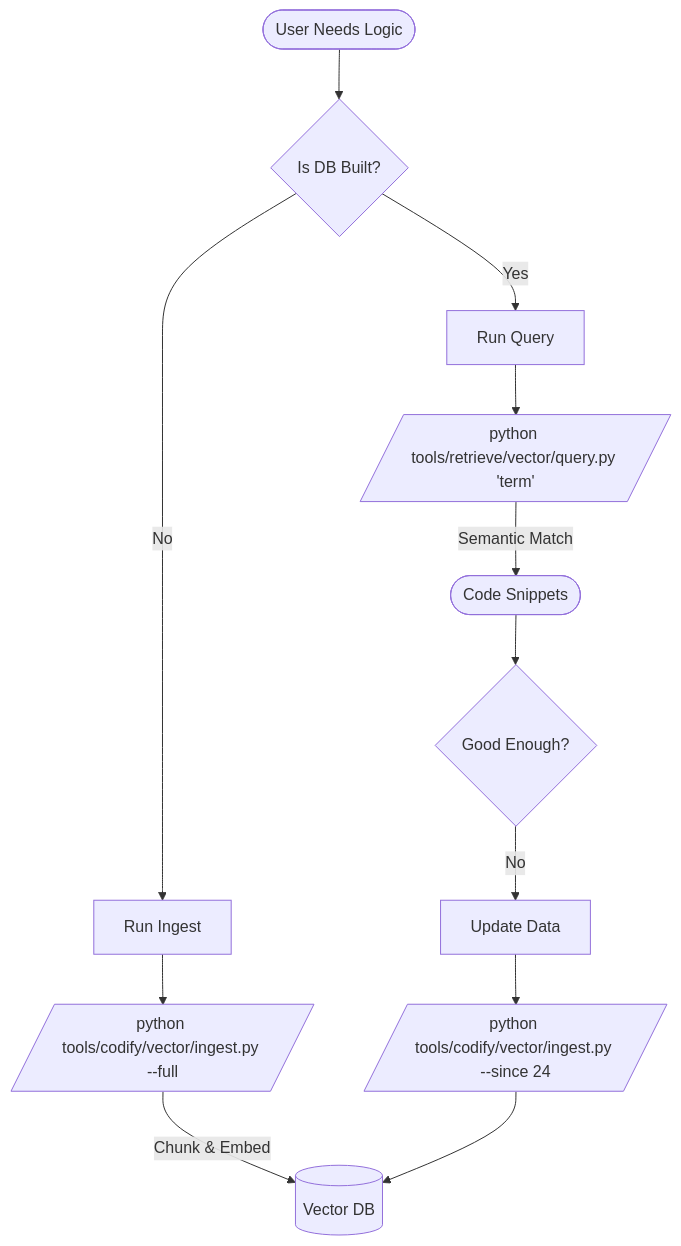
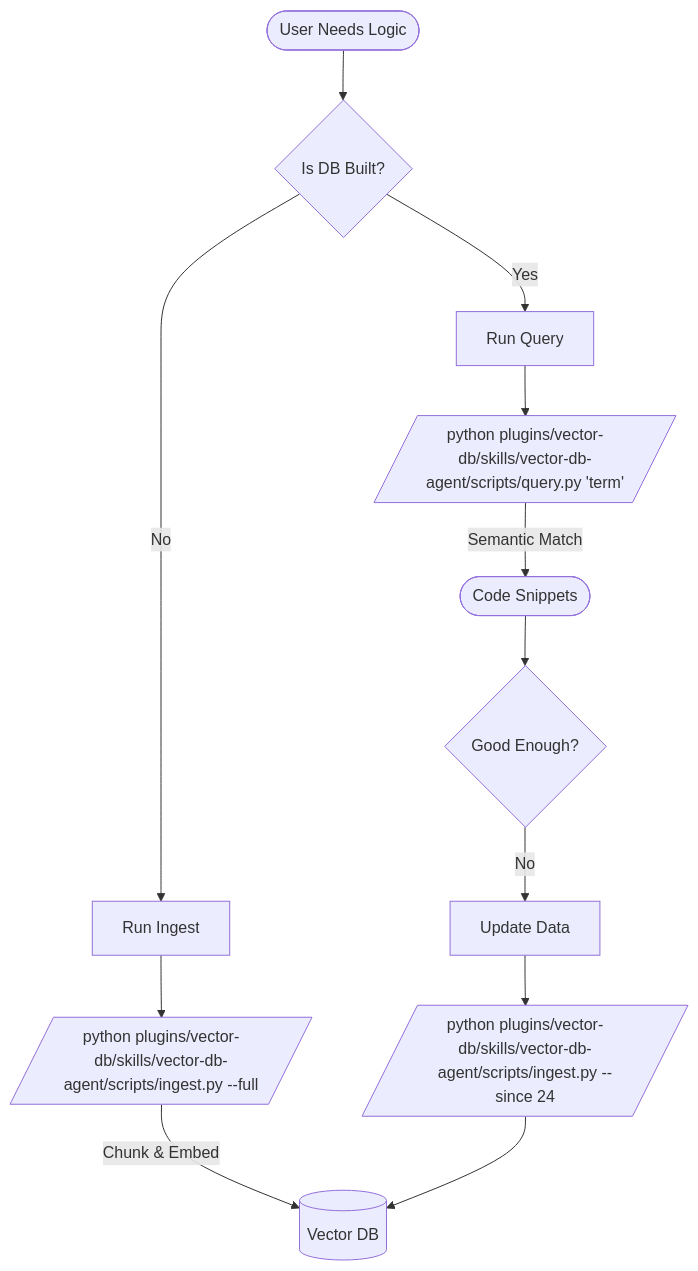
The diagram in docs/tools/standalone/vector-db/workflow.mmd (richfrem/Project_Sanctuary), drawn with Mermaid before and after one commit. The commit also changed 1329 other files, not shown here.

First line of the commit message:
Feat/creating new skills plugins v2 (#201)

```diff
--- a/docs/tools/standalone/vector-db/workflow.mmd
+++ b/docs/tools/standalone/vector-db/workflow.mmd
@@ -1,15 +1,15 @@
 flowchart TD
     Start([User Needs Logic]) --> Check{Is DB Built?}
     
     Check -- No --> Build[Run Ingest]
-    Build --> CmdBuild[/"python tools/codify/vector/ingest.py --full"/]
+    Build --> CmdBuild[/"python plugins/vector-db/skills/vector-db-agent/scripts/ingest.py --full"/]
     CmdBuild -- "Chunk & Embed" --> DB[(Vector DB)]
     
     Check -- Yes --> Search[Run Query]
-    Search --> CmdSearch[/"python tools/retrieve/vector/query.py 'term'"/]
+    Search --> CmdSearch[/"python plugins/vector-db/skills/vector-db-agent/scripts/query.py 'term'"/]
     CmdSearch -- "Semantic Match" --> Result([Code Snippets])
     
     Result --> Refine{Good Enough?}
     Refine -- No --> Rebuild[Update Data]
-    Rebuild --> CmdUpdate[/"python tools/codify/vector/ingest.py --since 24"/]
+    Rebuild --> CmdUpdate[/"python plugins/vector-db/skills/vector-db-agent/scripts/ingest.py --since 24"/]
     CmdUpdate --> DB
```
